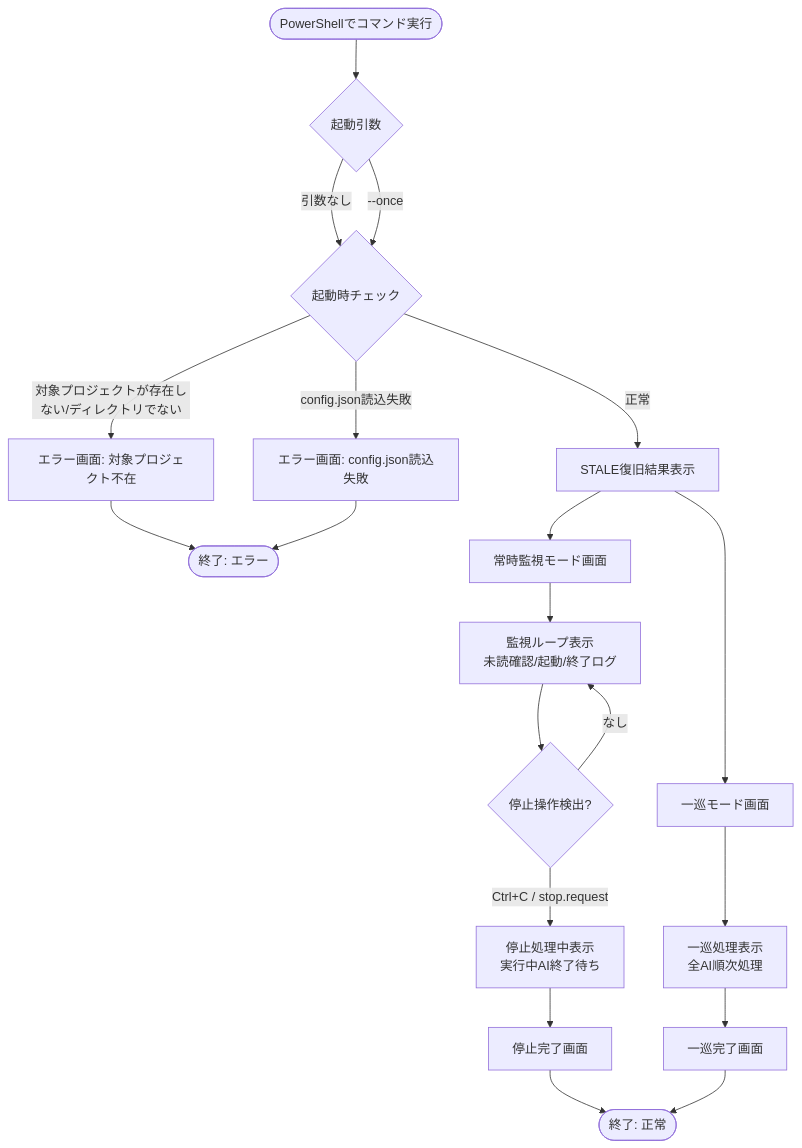
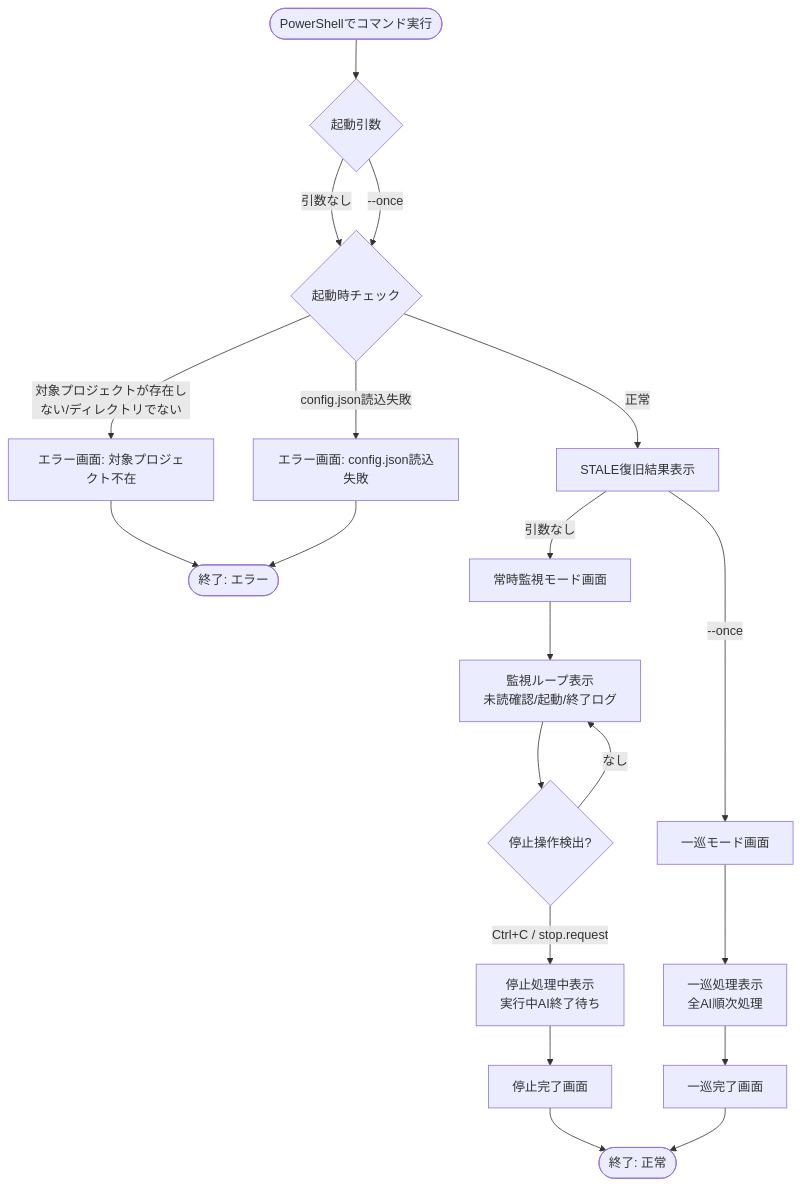
The diagram in orchestrator/UI.md (garyohosu/ai-orchestrator), drawn with Mermaid before and after one commit. The commit also changed other lines of this file and 6 other files, not shown here.

````diff
--- a/orchestrator/UI.md
+++ b/orchestrator/UI.md
@@ -8,37 +8,37 @@
 ```mermaid
 flowchart TD
     start([PowerShellでコマンド実行])
     parse{起動引数}
     watch[常時監視モード画面]
     once[一巡モード画面]
     startup_check{起動時チェック}
     err_project[エラー画面: 対象プロジェクト不在]
     err_config[エラー画面: config.json読込失敗]
     stale[STALE復旧結果表示]
     watch_loop[監視ループ表示<br/>未読確認/起動/終了ログ]
     watch_stop{停止操作検出?}
     stop_wait[停止処理中表示<br/>実行中AI終了待ち]
     stop_done[停止完了画面]
     once_loop[一巡処理表示<br/>全AI順次処理]
     once_done[一巡完了画面]
 
     start --> parse
     parse -->|引数なし| startup_check
     parse -->|--once| startup_check
     startup_check -->|対象プロジェクトが存在しない/ディレクトリでない| err_project
     startup_check -->|config.json読込失敗| err_config
     startup_check -->|正常| stale
-    stale --> watch
-    stale --> once
+    stale -->|引数なし| watch
+    stale -->|--once| once
     watch --> watch_loop
     watch_loop --> watch_stop
     watch_stop -->|なし| watch_loop
     watch_stop -->|Ctrl+C / stop.request| stop_wait
     stop_wait --> stop_done
     once --> once_loop
     once_loop --> once_done
     err_project --> exit1([終了: エラー])
     err_config --> exit1
     stop_done --> exit0([終了: 正常])
     once_done --> exit0
 ```
````
